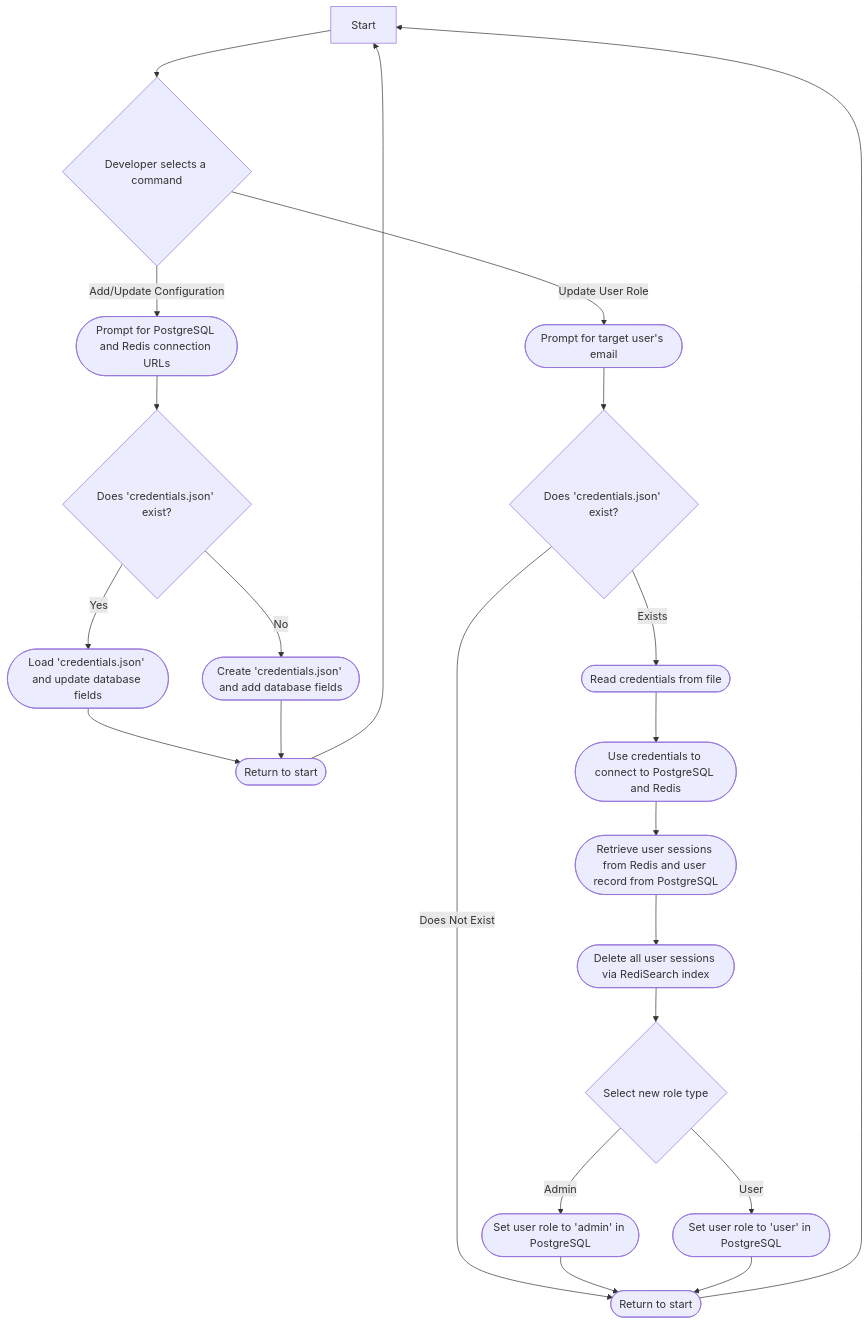
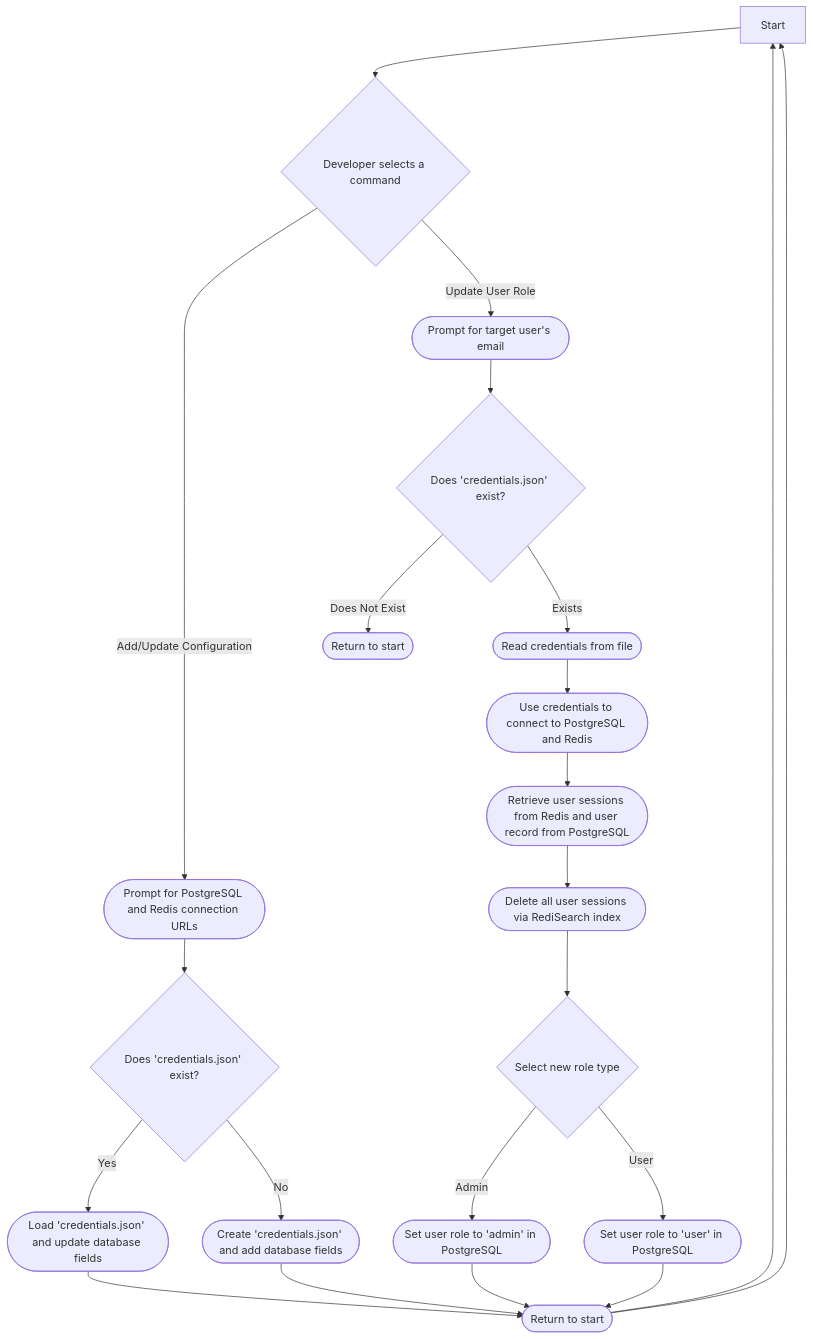
One commit to Hemit99123/stocksavvy-software-designs changed the diagram in ract.md. Above: the diagram before and after it, drawn with Mermaid.

````diff
--- a/ract.md
+++ b/ract.md
@@ -5,27 +5,27 @@
 ```mermaid
 flowchart 
     Start["Start"] --> CommandChoice{"Developer selects a command"}
     
     CommandChoice -- Add/Update Configuration --> RequestDBCredentials(["Prompt for PostgreSQL and Redis connection URLs"])
     RequestDBCredentials --> CheckConfigFile{"Does 'credentials.json' exist?"}
     CheckConfigFile -- Yes --> LoadAndUpdateConfig(["Load 'credentials.json' and update database fields"])
     CheckConfigFile -- No --> CreateConfigFile(["Create 'credentials.json' and add database fields"])
-    LoadAndUpdateConfig --> ReturnToStart1(["Return to start"])
-    CreateConfigFile --> ReturnToStart1
-    ReturnToStart1 --> Start
+    LoadAndUpdateConfig --> ReturnToStart(["Return to start"])
+    CreateConfigFile --> ReturnToStart
+    ReturnToStart --> Start
 
     CommandChoice -- Update User Role --> RequestUserEmail(["Prompt for target user's email"])
     RequestUserEmail --> CheckCredentialsFile{"Does 'credentials.json' exist?"}
     CheckCredentialsFile -- Exists --> ReadCredentials(["Read credentials from file"])
     CheckCredentialsFile -- Does Not Exist --> ReturnToStart2(["Return to start"])
     ReadCredentials --> ConnectToDB(["Use credentials to connect to PostgreSQL and Redis"])
     ConnectToDB --> RetrieveUserData(["Retrieve user sessions from Redis and user record from PostgreSQL"])
 
     RetrieveUserData --> DeleteUserSessions(["Delete all user sessions via RediSearch index"])
     DeleteUserSessions --> PromptForRoleChange{"Select new role type"}
     PromptForRoleChange -- Admin --> UpdateToAdmin(["Set user role to 'admin' in PostgreSQL"])
     PromptForRoleChange -- User --> UpdateToUser(["Set user role to 'user' in PostgreSQL"])
-    UpdateToAdmin --> ReturnToStart2(["Return to start"])
-    UpdateToUser --> ReturnToStart2
-    ReturnToStart2 --> Start
+    UpdateToAdmin --> ReturnToStart
+    UpdateToUser --> ReturnToStart
+    ReturnToStart --> Start
 ```
````
